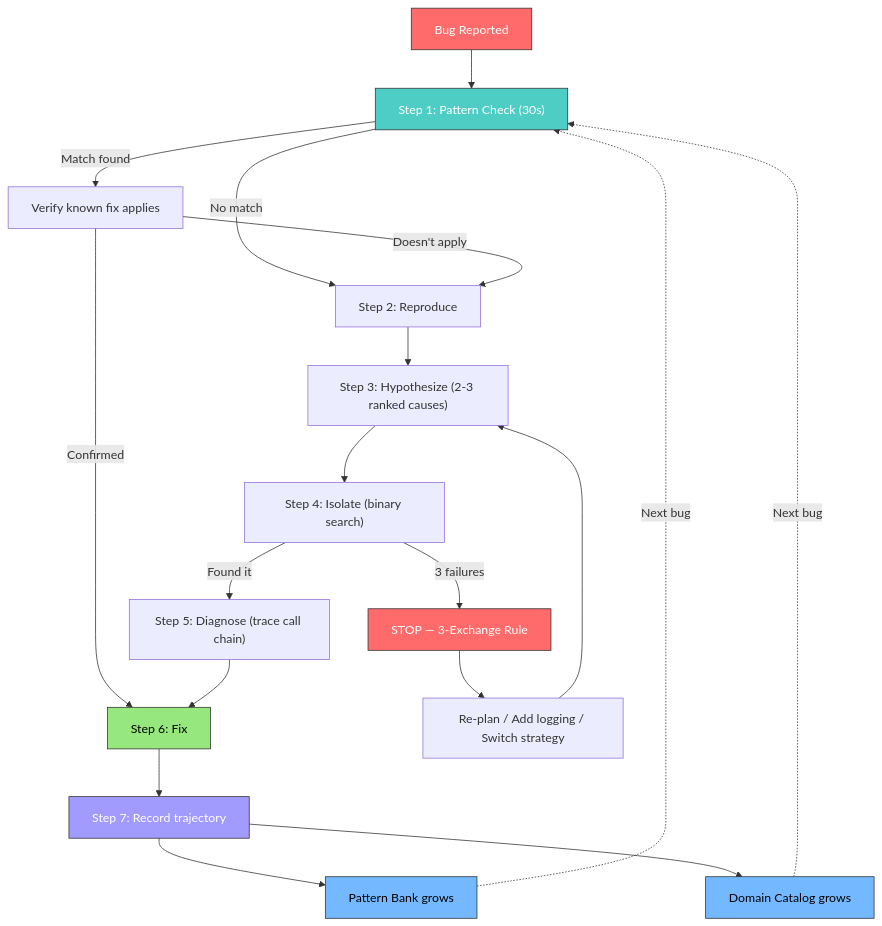
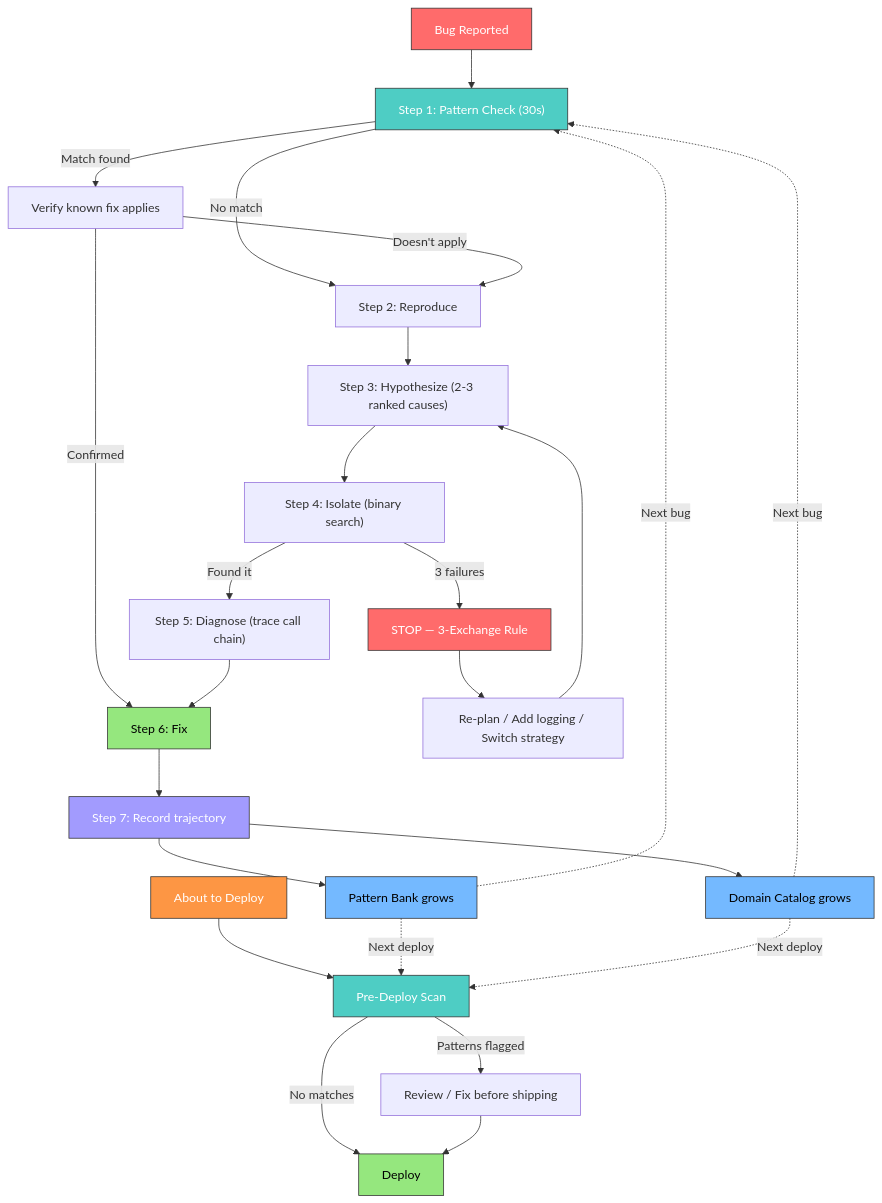
Before and after one commit to soleimanmansouri/debug-bank: the diagram in README.md, drawn with Mermaid. The commit also changed other lines of this file and 1 other file, not shown here.

Commit message:
Add pre-deploy pattern scanner to README, add P20/P21 to pattern tables, update counts 19→21

````diff
--- a/README.md
+++ b/README.md
@@ -24,28 +24,38 @@
 ```mermaid
 graph TD
     BUG["Bug Reported"] --> PC["Step 1: Pattern Check (30s)"]
+    DEPLOY["About to Deploy"] --> PDS["Pre-Deploy Scan"]
+    PDS -->|"Patterns flagged"| REVIEW["Review / Fix before shipping"]
+    PDS -->|"No matches"| SHIP["Deploy"]
+    REVIEW --> SHIP
+
     PC -->|"Match found"| VERIFY["Verify known fix applies"]
     PC -->|"No match"| REPRODUCE["Step 2: Reproduce"]
     VERIFY -->|"Confirmed"| FIX["Step 6: Fix"]
     VERIFY -->|"Doesn't apply"| REPRODUCE
     REPRODUCE --> HYPOTHESIZE["Step 3: Hypothesize (2-3 ranked causes)"]
     HYPOTHESIZE --> ISOLATE["Step 4: Isolate (binary search)"]
     ISOLATE -->|"3 failures"| STOP["STOP — 3-Exchange Rule"]
     STOP --> REPLAN["Re-plan / Add logging / Switch strategy"]
     REPLAN --> HYPOTHESIZE
     ISOLATE -->|"Found it"| DIAGNOSE["Step 5: Diagnose (trace call chain)"]
     DIAGNOSE --> FIX
     FIX --> RECORD["Step 7: Record trajectory"]
     RECORD --> PB["Pattern Bank grows"]
     RECORD --> DC["Domain Catalog grows"]
     PB -.->|"Next bug"| PC
     DC -.->|"Next bug"| PC
+    PB -.->|"Next deploy"| PDS
+    DC -.->|"Next deploy"| PDS
 
     style BUG fill:#ff6b6b,stroke:#333,color:#fff
+    style DEPLOY fill:#fd9644,stroke:#333,color:#fff
     style PC fill:#4ecdc4,stroke:#333,color:#fff
+    style PDS fill:#4ecdc4,stroke:#333,color:#fff
     style STOP fill:#ff6b6b,stroke:#333,color:#fff
     style FIX fill:#95e77e,stroke:#333,color:#000
     style RECORD fill:#a29bfe,stroke:#333,color:#fff
     style PB fill:#74b9ff,stroke:#333,color:#000
     style DC fill:#74b9ff,stroke:#333,color:#000
+    style SHIP fill:#95e77e,stroke:#333,color:#000
 ```
````
